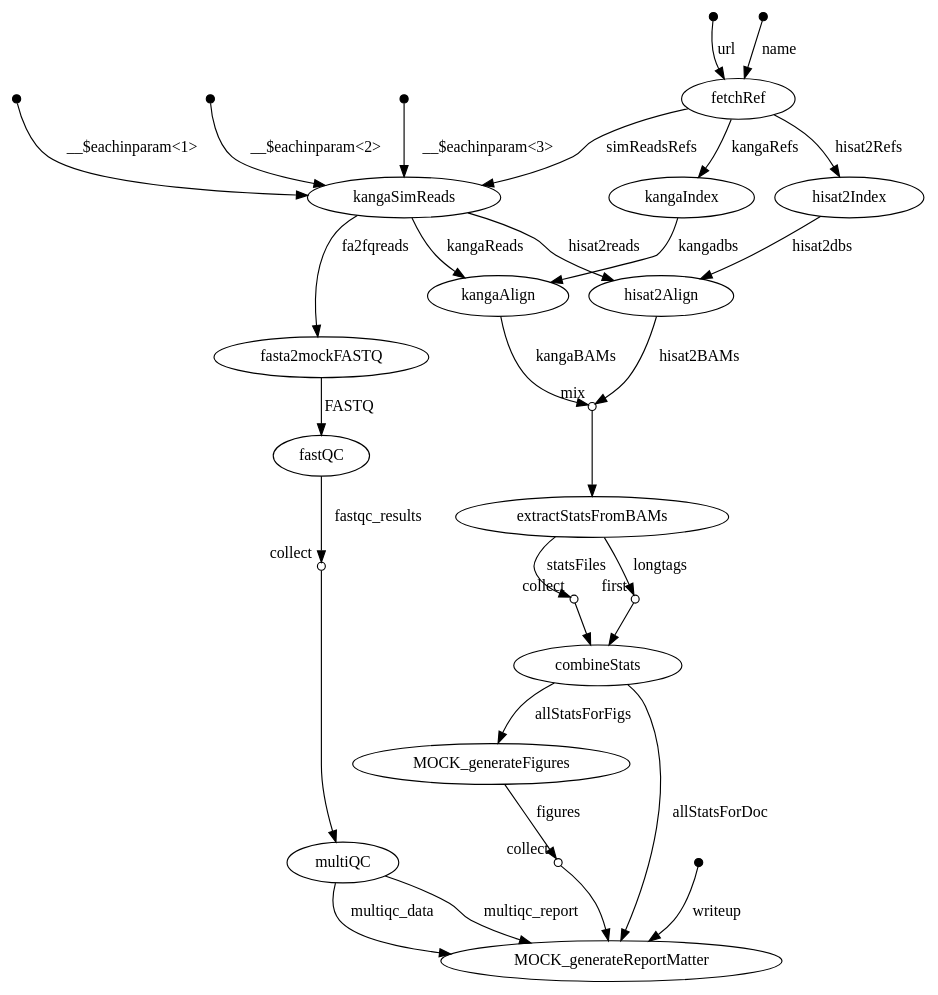
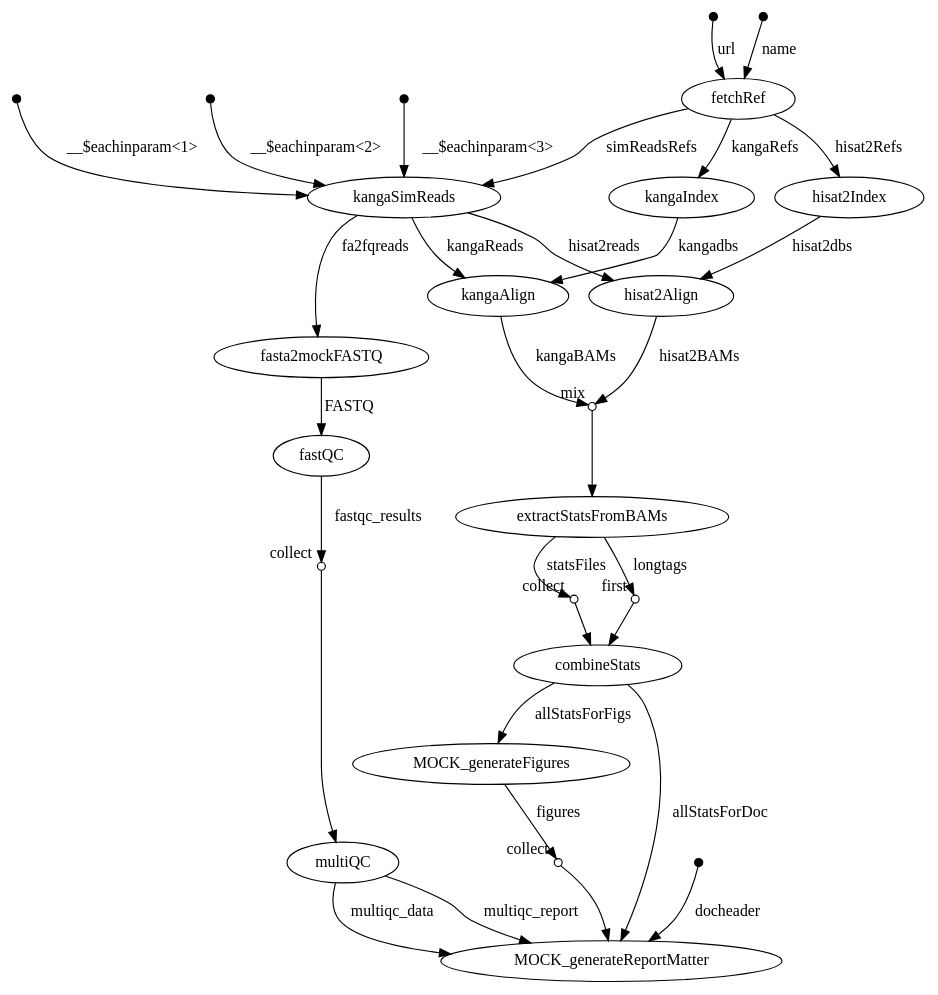
The diagram in doc/flowchart.dot (csiro-crop-informatics/reproducible_poc), drawn with Graphviz before and after one commit. The commit also changed 1 other file, not shown here.

```diff
--- a/doc/flowchart.dot
+++ b/doc/flowchart.dot
@@ -1,122 +1,122 @@
 digraph flowchart {
 p0 [shape=point,label="",fixedsize=true,width=0.1];
 p2 [label="fetchRef"];
 p0 -> p2 [label="url"];
 
 p1 [shape=point,label="",fixedsize=true,width=0.1];
 p2 [label="fetchRef"];
 p1 -> p2 [label="name"];
 
 p2 [label="fetchRef"];
 p13 [label="kangaIndex"];
 p2 -> p13 [label="kangaRefs"];
 
 p2 [label="fetchRef"];
 p11 [label="hisat2Index"];
 p2 -> p11 [label="hisat2Refs"];
 
 p2 [label="fetchRef"];
 p6 [label="kangaSimReads"];
 p2 -> p6 [label="simReadsRefs"];
 
 p3 [shape=point,label="",fixedsize=true,width=0.1];
 p6 [label="kangaSimReads"];
 p3 -> p6 [label="__$eachinparam<1>"];
 
 p4 [shape=point,label="",fixedsize=true,width=0.1];
 p6 [label="kangaSimReads"];
 p4 -> p6 [label="__$eachinparam<2>"];
 
 p5 [shape=point,label="",fixedsize=true,width=0.1];
 p6 [label="kangaSimReads"];
 p5 -> p6 [label="__$eachinparam<3>"];
 
 p6 [label="kangaSimReads"];
 p14 [label="kangaAlign"];
 p6 -> p14 [label="kangaReads"];
 
 p6 [label="kangaSimReads"];
 p12 [label="hisat2Align"];
 p6 -> p12 [label="hisat2reads"];
 
 p6 [label="kangaSimReads"];
 p7 [label="fasta2mockFASTQ"];
 p6 -> p7 [label="fa2fqreads"];
 
 p7 [label="fasta2mockFASTQ"];
 p8 [label="fastQC"];
 p7 -> p8 [label="FASTQ"];
 
 p8 [label="fastQC"];
 p9 [shape=circle,label="",fixedsize=true,width=0.1,xlabel="collect"];
 p8 -> p9 [label="fastqc_results"];
 
 p9 [shape=circle,label="",fixedsize=true,width=0.1,xlabel="collect"];
 p10 [label="multiQC"];
 p9 -> p10;
 
 p10 [label="multiQC"];
 p23 [label="MOCK_generateReportMatter"];
 p10 -> p23 [label="multiqc_report"];
 
 p10 [label="multiQC"];
 p23 [label="MOCK_generateReportMatter"];
 p10 -> p23 [label="multiqc_data"];
 
 p11 [label="hisat2Index"];
 p12 [label="hisat2Align"];
 p11 -> p12 [label="hisat2dbs"];
 
 p12 [label="hisat2Align"];
 p15 [shape=circle,label="",fixedsize=true,width=0.1,xlabel="mix"];
 p12 -> p15 [label="hisat2BAMs"];
 
 p13 [label="kangaIndex"];
 p14 [label="kangaAlign"];
 p13 -> p14 [label="kangadbs"];
 
 p14 [label="kangaAlign"];
 p15 [shape=circle,label="",fixedsize=true,width=0.1,xlabel="mix"];
 p14 -> p15 [label="kangaBAMs"];
 
 p15 [shape=circle,label="",fixedsize=true,width=0.1,xlabel="mix"];
 p16 [label="extractStatsFromBAMs"];
 p15 -> p16;
 
 p16 [label="extractStatsFromBAMs"];
 p17 [shape=circle,label="",fixedsize=true,width=0.1,xlabel="collect"];
 p16 -> p17 [label="statsFiles"];
 
 p16 [label="extractStatsFromBAMs"];
 p18 [shape=circle,label="",fixedsize=true,width=0.1,xlabel="first"];
 p16 -> p18 [label="longtags"];
 
 p17 [shape=circle,label="",fixedsize=true,width=0.1,xlabel="collect"];
 p19 [label="combineStats"];
 p17 -> p19;
 
 p18 [shape=circle,label="",fixedsize=true,width=0.1,xlabel="first"];
 p19 [label="combineStats"];
 p18 -> p19;
 
 p19 [label="combineStats"];
 p20 [label="MOCK_generateFigures"];
 p19 -> p20 [label="allStatsForFigs"];
 
 p19 [label="combineStats"];
 p23 [label="MOCK_generateReportMatter"];
 p19 -> p23 [label="allStatsForDoc"];
 
 p20 [label="MOCK_generateFigures"];
 p21 [shape=circle,label="",fixedsize=true,width=0.1,xlabel="collect"];
 p20 -> p21 [label="figures"];
 
 p21 [shape=circle,label="",fixedsize=true,width=0.1,xlabel="collect"];
 p23 [label="MOCK_generateReportMatter"];
 p21 -> p23;
 
 p22 [shape=point,label="",fixedsize=true,width=0.1];
 p23 [label="MOCK_generateReportMatter"];
-p22 -> p23 [label="writeup"];
+p22 -> p23 [label="docheader"];
 
 }
```
